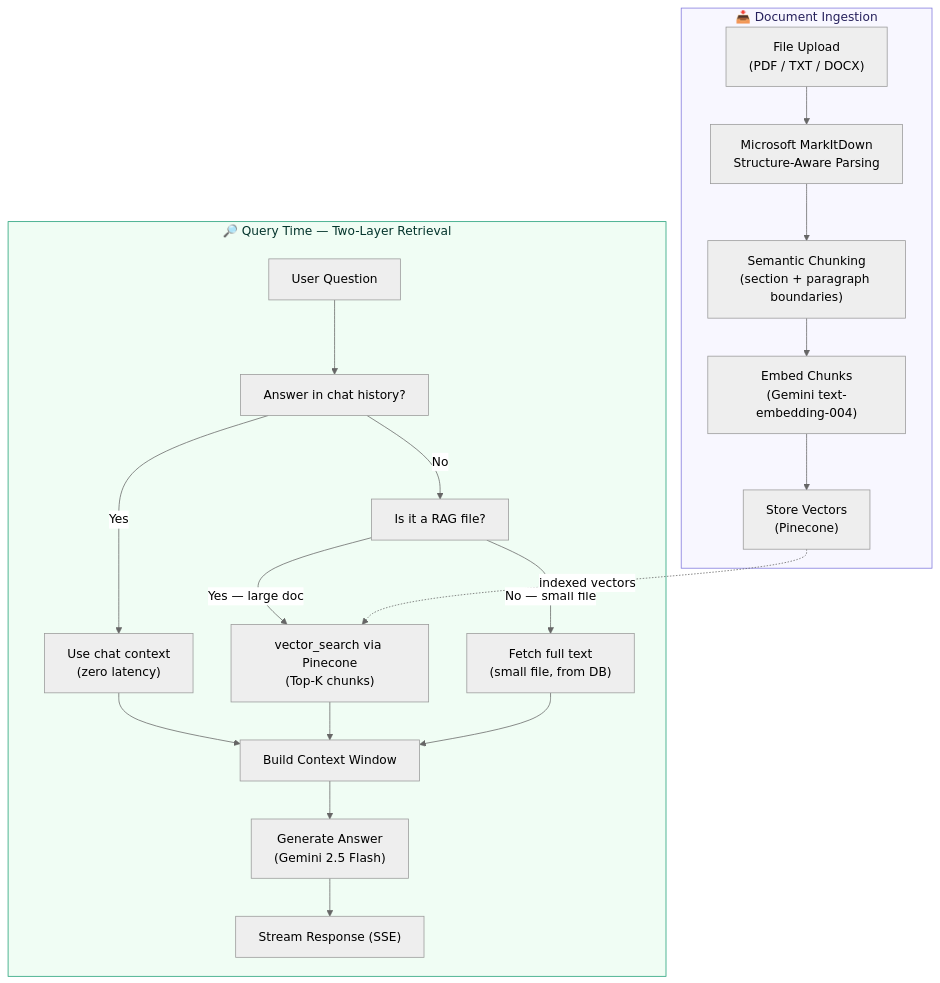
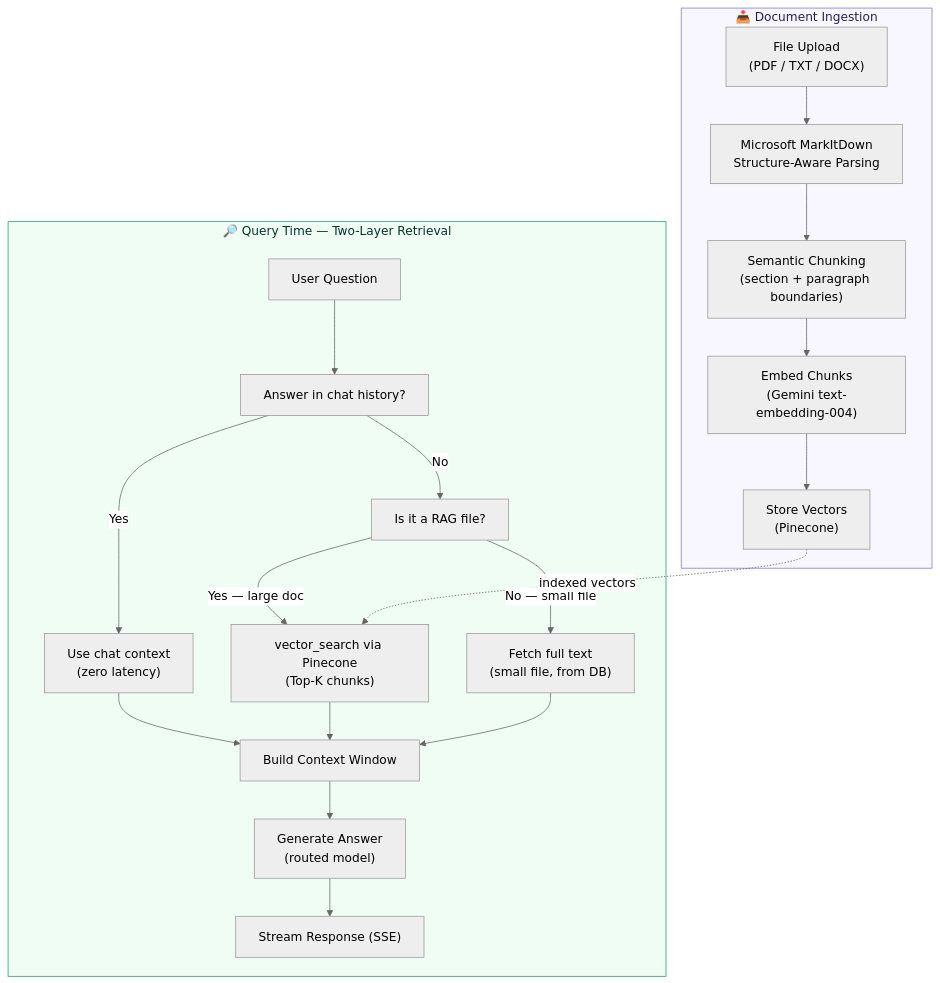
One commit to Shivanshxsharma/ALFRED changed the second of 7 diagrams in README.md. Above: the diagram before and after it, drawn with Mermaid (neutral theme). The commit also changed other lines of this file, not shown here.

````diff
--- a/README.md
+++ b/README.md
@@ -146,39 +153,39 @@
 ```mermaid
 flowchart TD
     subgraph Ingest ["📥 Document Ingestion"]
         UPLOAD["File Upload<br/>(PDF / TXT / DOCX)"]
         MARKITDOWN["Microsoft MarkItDown<br/>Structure-Aware Parsing"]
         CHUNK["Semantic Chunking<br/>(section + paragraph boundaries)"]
         EMBED_IN["Embed Chunks<br/>(Gemini text-embedding-004)"]
         STORE["Store Vectors<br/>(Pinecone)"]
 
         UPLOAD --> MARKITDOWN --> CHUNK --> EMBED_IN --> STORE
     end
 
     subgraph Query ["🔎 Query Time — Two-Layer Retrieval"]
         Q["User Question"]
         CHECK["Answer in chat history?"]
         DIRECT["Use chat context<br/>(zero latency)"]
         RAGCHECK["Is it a RAG file?"]
         VECTOR["vector_search via Pinecone<br/>(Top-K chunks)"]
         FULLTEXT["Fetch full text<br/>(small file, from DB)"]
         CONTEXT["Build Context Window"]
-        LLM["Generate Answer<br/>(Gemini 2.5 Flash)"]
+        LLM["Generate Answer<br/>(routed model)"]
         STREAM["Stream Response (SSE)"]
 
         Q --> CHECK
         CHECK -->|"Yes"| DIRECT
         CHECK -->|"No"| RAGCHECK
         RAGCHECK -->|"Yes — large doc"| VECTOR
         RAGCHECK -->|"No — small file"| FULLTEXT
         DIRECT --> CONTEXT
         VECTOR --> CONTEXT
         FULLTEXT --> CONTEXT
         CONTEXT --> LLM --> STREAM
     end
 
     STORE -.->|"indexed vectors"| VECTOR
 
     style Ingest fill:#f8f7ff,stroke:#7F77DD,color:#26215C
     style Query fill:#f0fdf4,stroke:#1D9E75,color:#04342C
 ```
````
